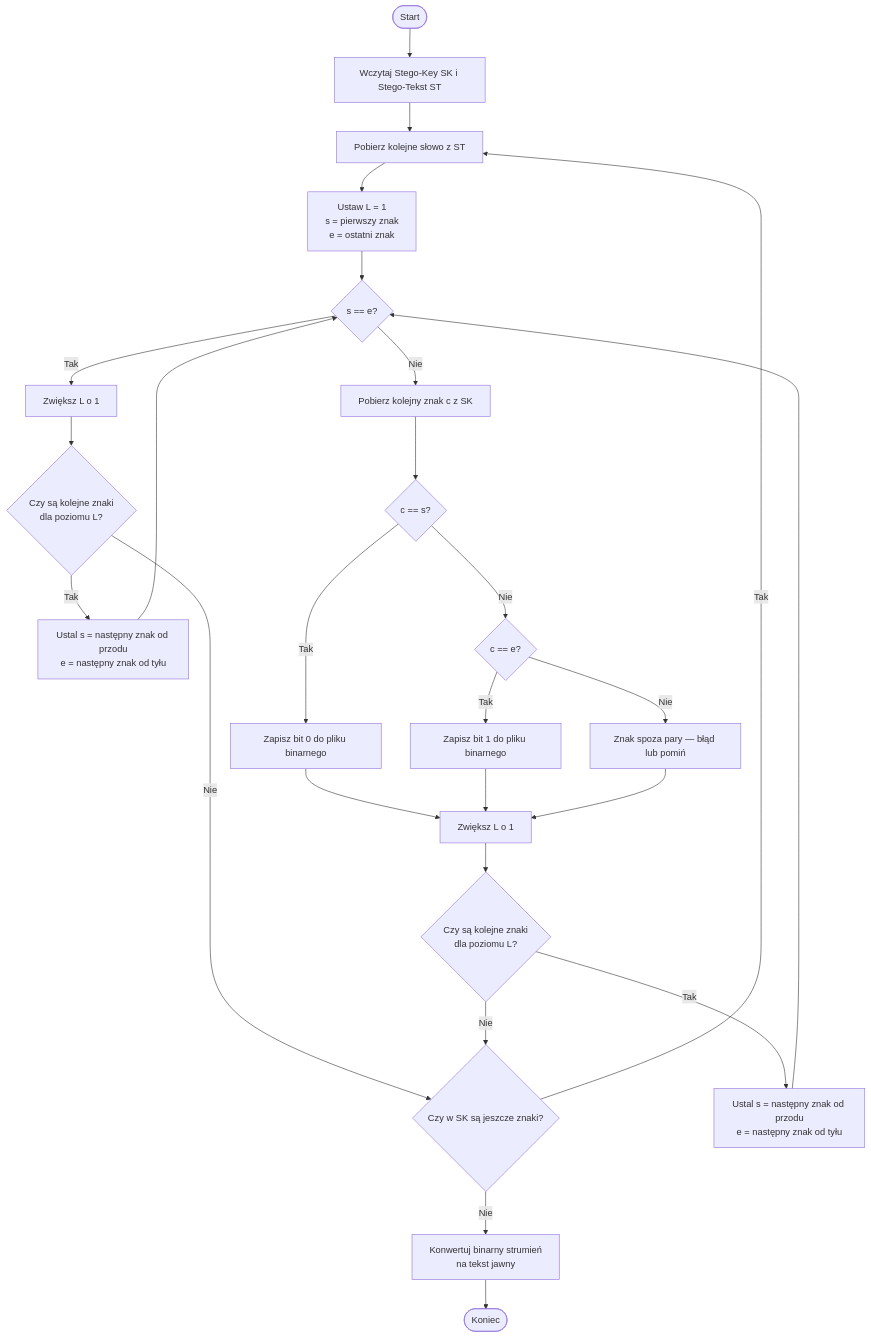
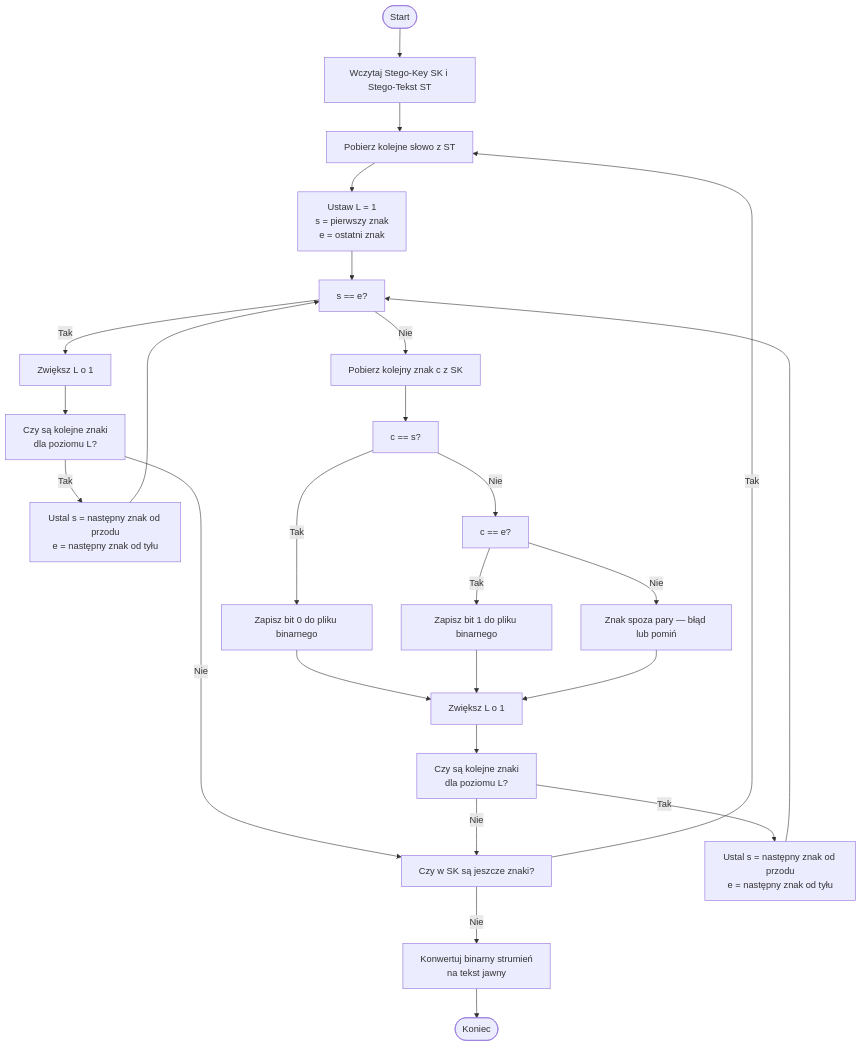
Before and after one commit to jSkwarczek/Steganografia: the second of 12 diagrams in docs/index.md, drawn with Mermaid. The commit also changed other lines of this file and 6 other files, not shown here.

Commit message:
Added all flow charts

````diff
--- a/docs/index.md
+++ b/docs/index.md
@@ -44,36 +45,36 @@
 ```mermaid
 flowchart TD
 
 B0([Start]) --> B1[Wczytaj Stego-Key SK i Stego-Tekst ST]
 B1 --> B2[Pobierz kolejne słowo z ST]
 B2 --> B3[Ustaw L = 1<br/>s = pierwszy znak<br/>e = ostatni znak]
-B3 --> B4{s == e?}
+B3 --> B4[s == e?]
 
 B4 -- Tak --> B5[Zwiększ L o 1]
-B5 --> B6{Czy są kolejne znaki<br/>dla poziomu L?}
+B5 --> B6[Czy są kolejne znaki<br/>dla poziomu L?]
 B6 -- Tak --> B7[Ustal s = następny znak od przodu<br/>e = następny znak od tyłu]
 B7 --> B4
 
 B6 -- Nie --> B16
 
 B4 -- Nie --> B8[Pobierz kolejny znak c z SK]
-B8 --> B9{c == s?}
+B8 --> B9[c == s?]
 
 B9 -- Tak --> B10[Zapisz bit 0 do pliku binarnego]
-B9 -- Nie --> B11{c == e?}
+B9 -- Nie --> B11[c == e?]
 B11 -- Tak --> B12[Zapisz bit 1 do pliku binarnego]
 B11 -- Nie --> B12b[Znak spoza pary — błąd lub pomiń]
 
 B10 --> B13[Zwiększ L o 1]
 B12 --> B13
 B12b --> B13
 
-B13 --> B14{Czy są kolejne znaki<br/>dla poziomu L?}
+B13 --> B14[Czy są kolejne znaki<br/>dla poziomu L?]
 B14 -- Tak --> B15[Ustal s = następny znak od przodu<br/>e = następny znak od tyłu]
 B15 --> B4
 
-B14 -- Nie --> B16{Czy w SK są jeszcze znaki?}
+B14 -- Nie --> B16[Czy w SK są jeszcze znaki?]
 B16 -- Tak --> B2
 B16 -- Nie --> B17[Konwertuj binarny strumień<br/>na tekst jawny]
 B17 --> B18([Koniec])
 ```
````
